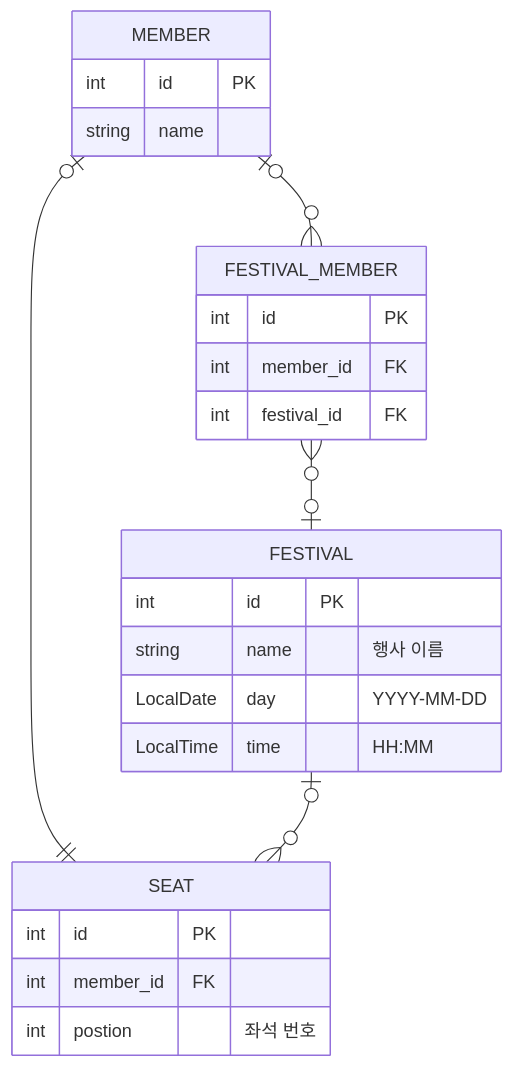
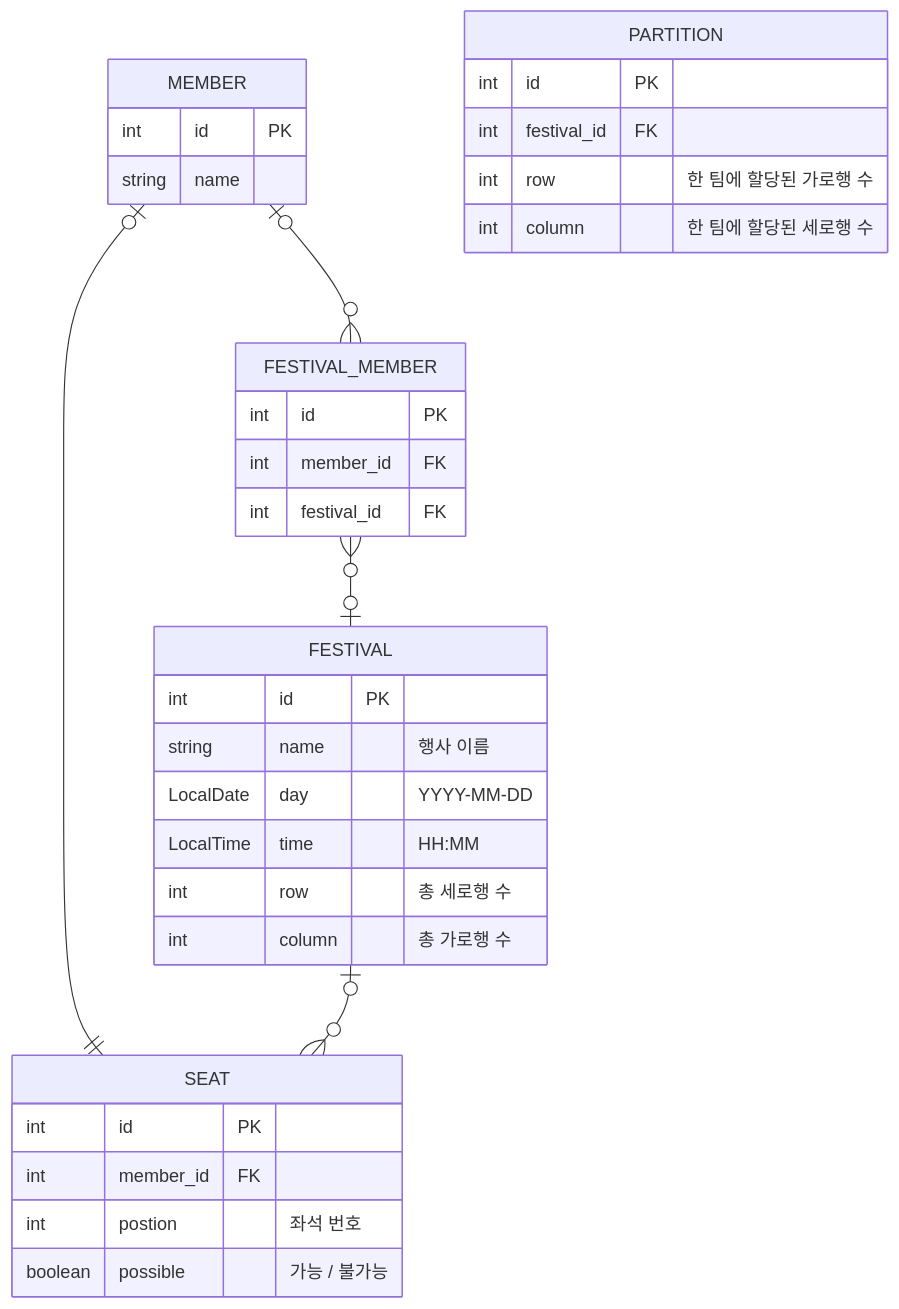
The diagram in erd.md (cmj7271/fe-sit-ival-server), drawn with Mermaid before and after one commit.

Commit message:
erd 수정

````diff
--- a/erd.md
+++ b/erd.md
@@ -1,28 +1,38 @@
 ```mermaid
     erDiagram
     FESTIVAL_MEMBER }o--o| FESTIVAL : ""
     MEMBER |o--o{ FESTIVAL_MEMBER : "" 
     MEMBER |o--|| SEAT : ""
     FESTIVAL |o--o{ SEAT : ""
     
     FESTIVAL {
         int id PK
         string name "행사 이름"
         LocalDate day "YYYY-MM-DD"
         LocalTime time "HH:MM"
+        int row "총 세로행 수" 
+        int column "총 가로행 수"
+    }
+    PARTITION {
+        int id PK
+        int festival_id FK
+        int row "한 팀에 할당된 가로행 수"
+        int column "한 팀에 할당된 세로행 수"
     }
     SEAT {
         int id PK
         int member_id FK 
         int postion "좌석 번호"
+        boolean possible "가능 / 불가능"
+        
     }
     MEMBER {
         int id PK
         string name
     }
     FESTIVAL_MEMBER {
         int id PK
         int member_id FK
         int festival_id FK
     }
 ```
````
